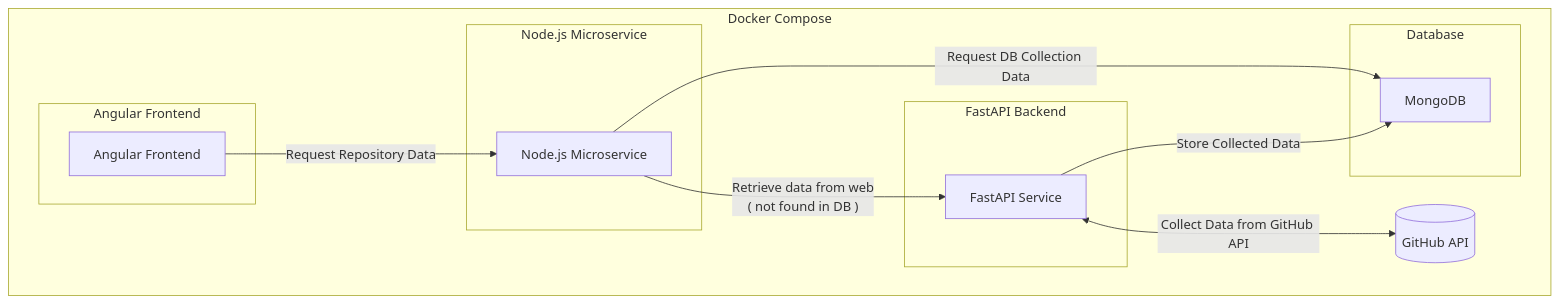
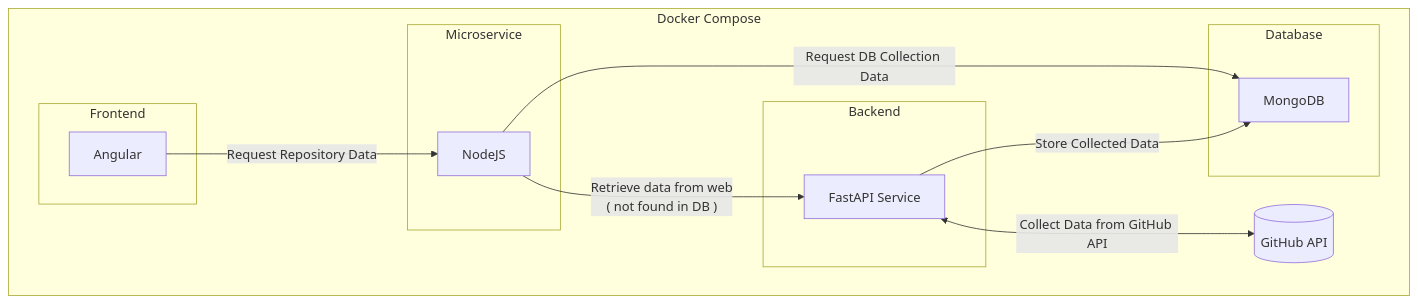
The second of 2 diagrams in docs/ARCHITECTURE.md (ariel1985/repos_data), drawn with Mermaid before and after one commit. The commit also changed other lines of this file and 14 other files, not shown here.

Commit message:
chore: Refactor repository schema and models for API

````diff
--- a/docs/ARCHITECTURE.md
+++ b/docs/ARCHITECTURE.md
@@ -13,26 +38,25 @@
 ```mermaid
 graph TD;
     subgraph Docker Compose
 
-        subgraph Angular Frontend
-            A[Angular Frontend]
+        subgraph Frontend 
+            A[ Angular]
         end
-        subgraph Node.js Microservice
-            B[Node.js Microservice]
+        subgraph Microservice
+            B[ NodeJS ]
         end
-        subgraph FastAPI Backend
+        subgraph Backend 
             C[FastAPI Service]
         end
         subgraph Database
             D[MongoDB]
         end
 
         A -- "Request Repository Data" --> B
         B -- "Request DB Collection Data" --> D
         B -- "Retrieve data from web \n( not found in DB )" --> C
         C -- "Collect Data from GitHub API" <--> E[(GitHub API)]
         C -- "Store Collected Data" --> D
 
     end
-
 ```
````
